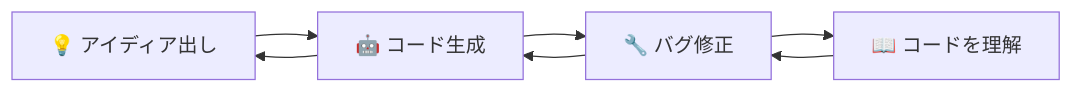
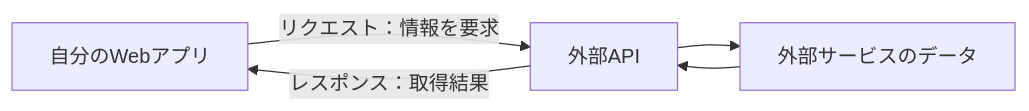
The third of 3 diagrams in 2026/5_webapp_dev_with_ai2/readme.md (Creative-Cucumbers/co-creation-with-genai), drawn with Mermaid before and after one commit. The commit also changed other lines of this file and 12 other files, not shown here.

````diff
--- a/2026/5_webapp_dev_with_ai2/readme.md
+++ b/2026/5_webapp_dev_with_ai2/readme.md
@@ -186,9 +671,7 @@
 ```mermaid
-graph LR
-    A[💡 アイディア出し] --> B[🤖 コード生成]
-    B --> C[🔧 バグ修正]
-    C --> D[📖 コードを理解]
-    D --> C
-    B --> A
-    C --> B
+flowchart LR
+  A[自分のWebアプリ] -->|リクエスト：情報を要求| B[外部API]
+  B --> C[外部サービスのデータ]
+  C --> B
+  B -->|レスポンス：取得結果| A
 ```
````
